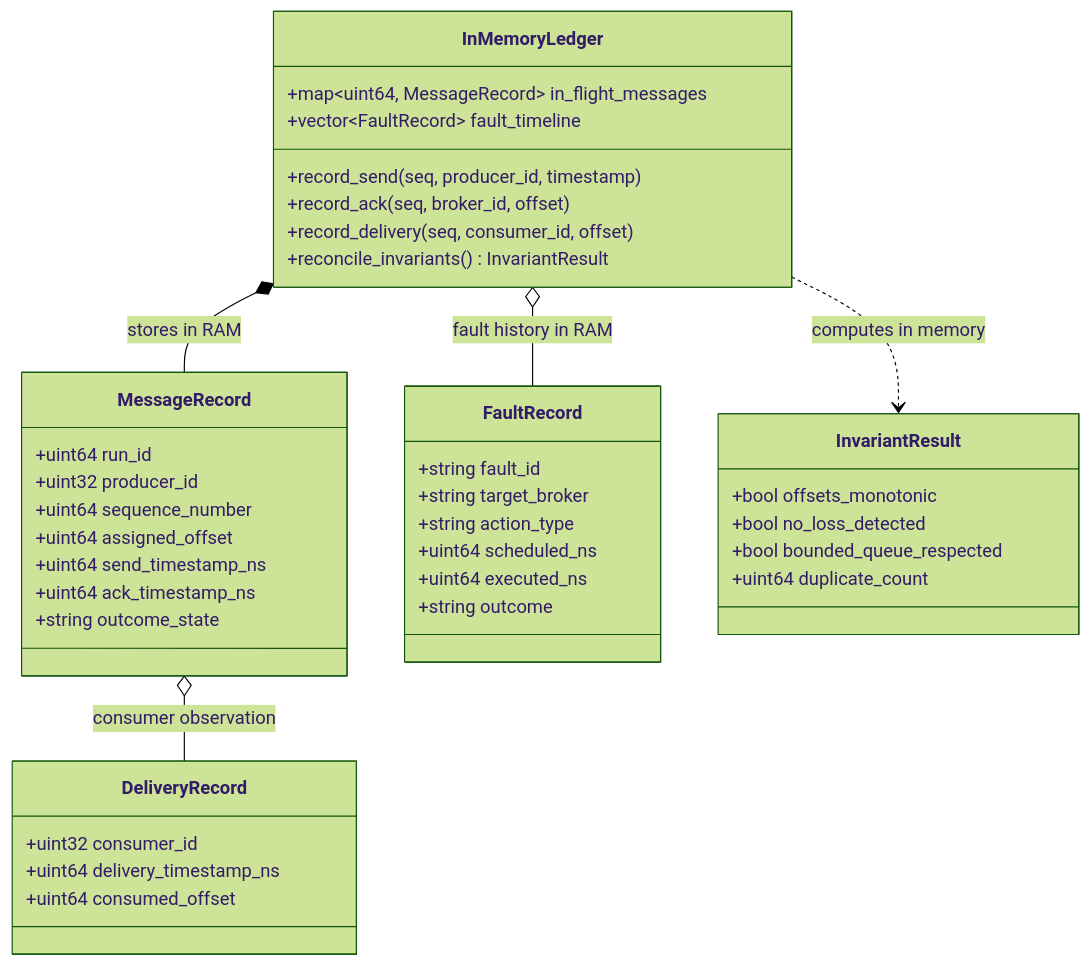
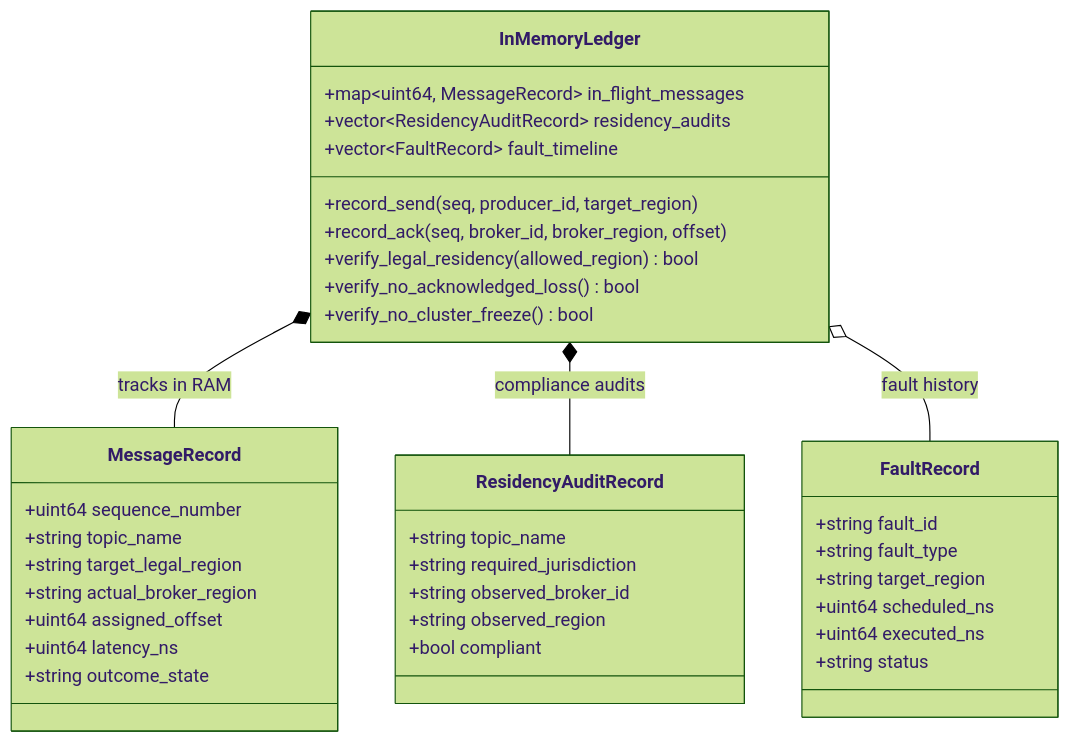
Before and after one commit to ansh0014/Hydra-Stream: the seventh of 8 diagrams in docs/system-diagrams.md, drawn with Mermaid (forest theme). The commit also changed other lines of this file and 12 other files, not shown here.

Commit message:
docs: align documentation with multi-region geo-resilience and Hydra Control Plane architecture

````diff
--- a/docs/system-diagrams.md
+++ b/docs/system-diagrams.md
@@ -391,48 +257,44 @@
 ```mermaid
 classDiagram
     class InMemoryLedger {
         +map~uint64, MessageRecord~ in_flight_messages
+        +vector~ResidencyAuditRecord~ residency_audits
         +vector~FaultRecord~ fault_timeline
-        +record_send(seq, producer_id, timestamp)
-        +record_ack(seq, broker_id, offset)
-        +record_delivery(seq, consumer_id, offset)
-        +reconcile_invariants() InvariantResult
+        +record_send(seq, producer_id, target_region)
+        +record_ack(seq, broker_id, broker_region, offset)
+        +verify_legal_residency(allowed_region) bool
+        +verify_no_acknowledged_loss() bool
+        +verify_no_cluster_freeze() bool
     }
 
     class MessageRecord {
-        +uint64 run_id
-        +uint32 producer_id
         +uint64 sequence_number
+        +string topic_name
+        +string target_legal_region
+        +string actual_broker_region
         +uint64 assigned_offset
-        +uint64 send_timestamp_ns
-        +uint64 ack_timestamp_ns
+        +uint64 latency_ns
         +string outcome_state
     }
 
-    class DeliveryRecord {
-        +uint32 consumer_id
-        +uint64 delivery_timestamp_ns
-        +uint64 consumed_offset
+    class ResidencyAuditRecord {
+        +string topic_name
+        +string required_jurisdiction
+        +string observed_broker_id
+        +string observed_region
+        +bool compliant
     }
 
     class FaultRecord {
         +string fault_id
-        +string target_broker
-        +string action_type
+        +string fault_type
+        +string target_region
         +uint64 scheduled_ns
         +uint64 executed_ns
-        +string outcome
+        +string status
     }
 
-    class InvariantResult {
-        +bool offsets_monotonic
-        +bool no_loss_detected
-        +bool bounded_queue_respected
-        +uint64 duplicate_count
-    }
-
-    InMemoryLedger *-- MessageRecord : stores in RAM
-    MessageRecord o-- DeliveryRecord : consumer observation
-    InMemoryLedger o-- FaultRecord : fault history in RAM
-    InMemoryLedger ..> InvariantResult : computes in memory
+    InMemoryLedger *-- MessageRecord : tracks in RAM
+    InMemoryLedger *-- ResidencyAuditRecord : compliance audits
+    InMemoryLedger o-- FaultRecord : fault history
 ```
````
